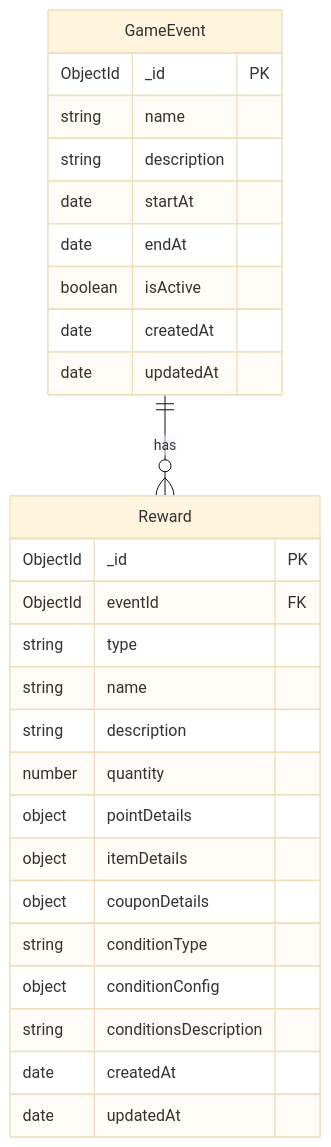
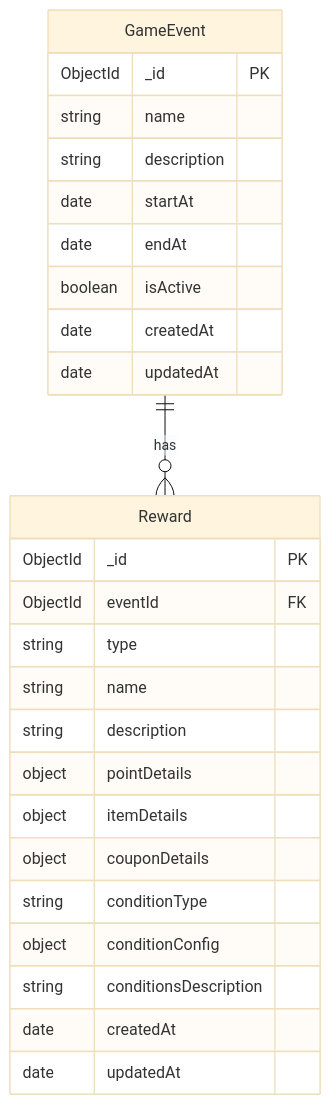
The diagram in apps/event/README.md (secondgrape2/msa-practice), drawn with Mermaid (base theme) before and after one commit. The commit also changed other lines of this file and 2 other files, not shown here.

Commit message:
docs: update readme (#26)

````diff
--- a/apps/event/README.md
+++ b/apps/event/README.md
@@ -5,32 +5,31 @@
 ```mermaid
 erDiagram
     GameEvent {
         ObjectId _id PK
         string name
         string description
         date startAt
         date endAt
         boolean isActive
         date createdAt
         date updatedAt
     }
 
     Reward {
         ObjectId _id PK
         ObjectId eventId FK
         string type
         string name
         string description
-        number quantity
         object pointDetails
         object itemDetails
         object couponDetails
         string conditionType
         object conditionConfig
         string conditionsDescription
         date createdAt
         date updatedAt
     }
 
     GameEvent ||--o{ Reward : "has"
 ```
````
